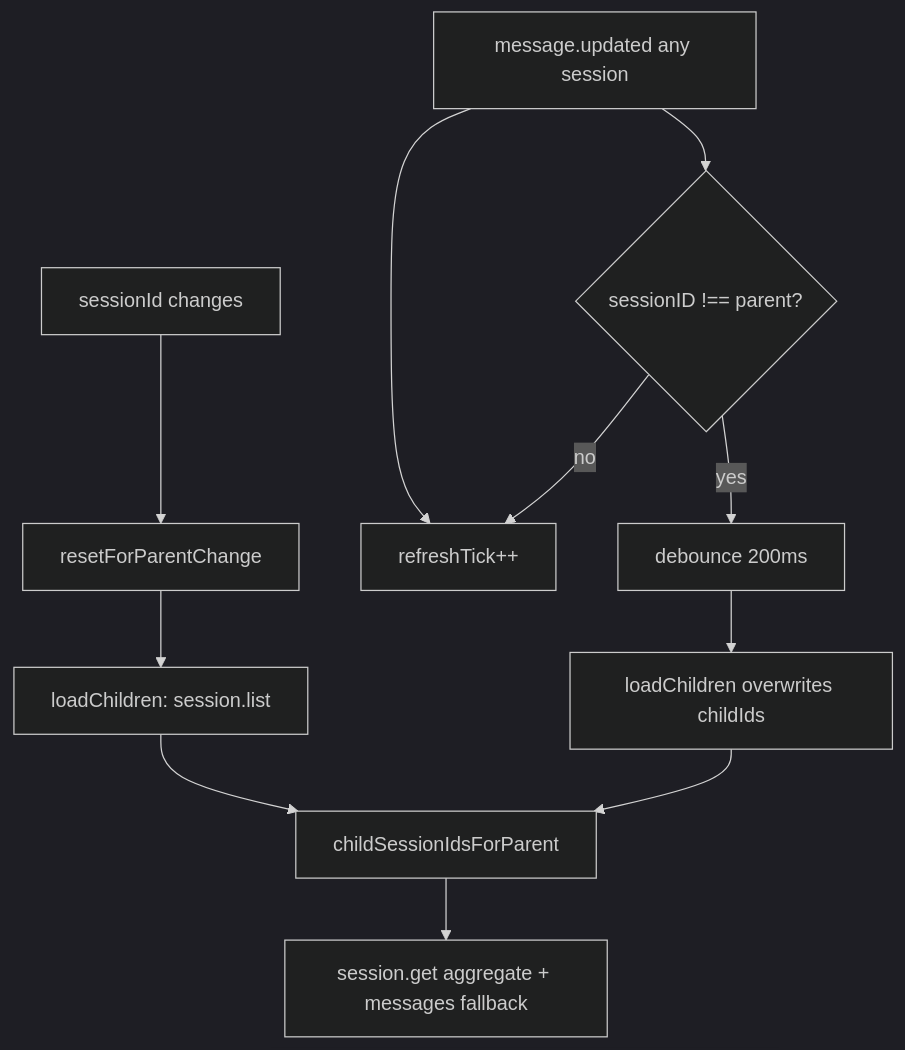
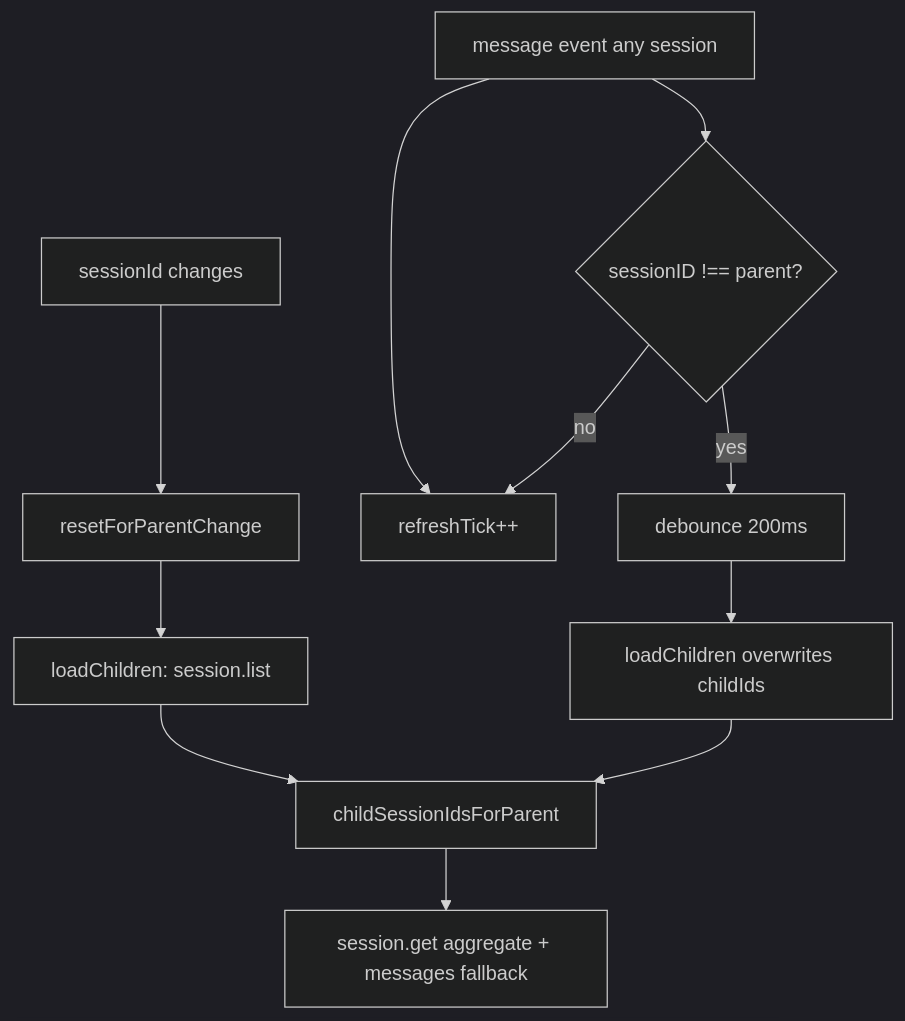
The third of 4 diagrams in docs/en/design.md (devnakx/opencode-cache-hit), drawn with Mermaid (dark theme) before and after one commit. The commit also changed other lines of this file and 55 other files, not shown here.

````diff
--- a/docs/en/design.md
+++ b/docs/en/design.md
@@ -129,13 +168,13 @@
 ```mermaid
 flowchart TD
   A[sessionId changes] --> B[resetForParentChange]
   B --> C[loadChildren: session.list]
-  E[message.updated any session] --> R[refreshTick++]
+  E[message event any session] --> R[refreshTick++]
   E --> F{sessionID !== parent?}
   F -->|yes| G[debounce 200ms]
   G --> C2[loadChildren overwrites childIds]
   F -->|no| R
   C --> H[childSessionIdsForParent]
   C2 --> H
   H --> I["session.get aggregate + messages fallback"]
 ```
````
